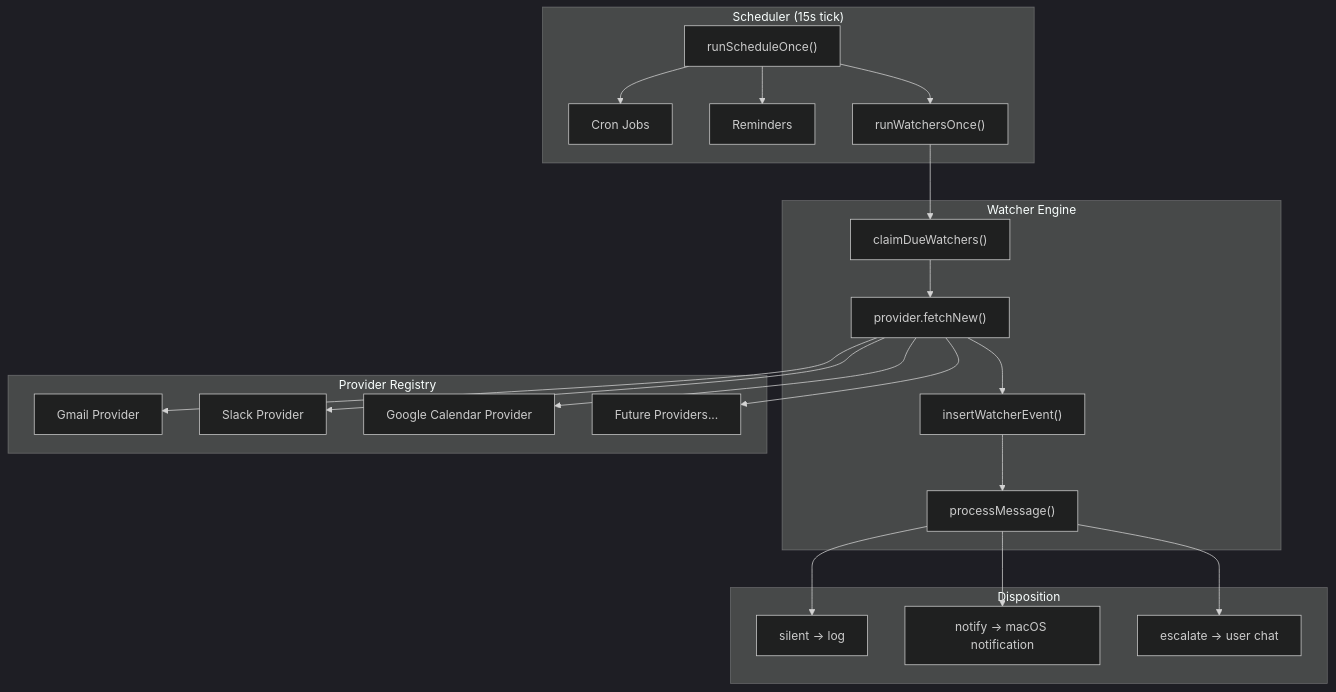
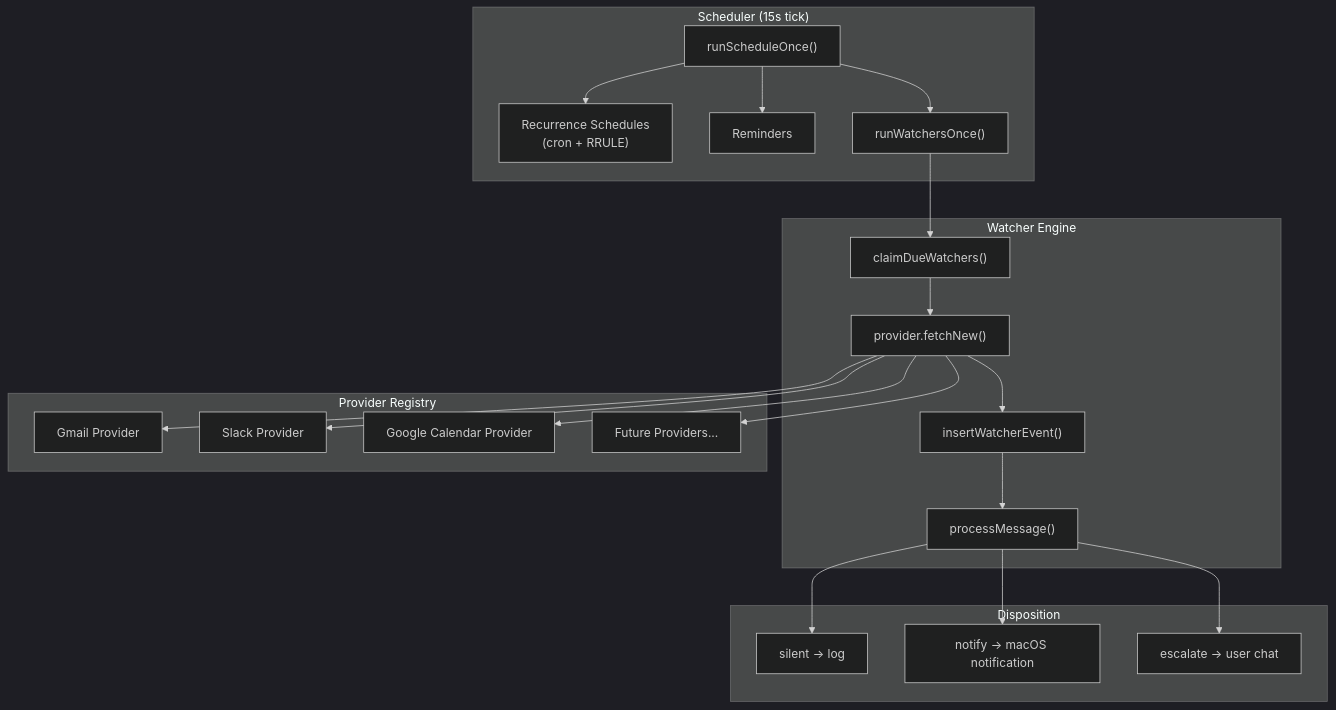
Diagram 43 of 45 in ARCHITECTURE.md (vellum-ai/vellum-assistant), drawn with Mermaid (dark theme) before and after one commit. The commit also changed other lines of this file and 2 other files, not shown here.

Commit message:
docs: update architecture and README for RRULE recurrence support

````diff
--- a/ARCHITECTURE.md
+++ b/ARCHITECTURE.md
@@ -2927,44 +2958,44 @@
 ```mermaid
 graph TD
     subgraph "Scheduler (15s tick)"
         TICK["runScheduleOnce()"]
-        CRON["Cron Jobs"]
+        CRON["Recurrence Schedules<br/>(cron + RRULE)"]
         REMIND["Reminders"]
         WATCH["runWatchersOnce()"]
     end
 
     subgraph "Watcher Engine"
         CLAIM["claimDueWatchers()"]
         POLL["provider.fetchNew()"]
         DEDUP["insertWatcherEvent()"]
         PROCESS["processMessage()"]
     end
 
     subgraph "Provider Registry"
         GMAIL["Gmail Provider"]
         SLACK_W["Slack Provider"]
         GCAL["Google Calendar Provider"]
         FUTURE["Future Providers..."]
     end
 
     subgraph "Disposition"
         SILENT["silent → log"]
         NOTIFY["notify → macOS notification"]
         ESCALATE["escalate → user chat"]
     end
 
     TICK --> CRON
     TICK --> REMIND
     TICK --> WATCH
     WATCH --> CLAIM
     CLAIM --> POLL
     POLL --> GMAIL
     POLL --> SLACK_W
     POLL --> GCAL
     POLL --> FUTURE
     POLL --> DEDUP
     DEDUP --> PROCESS
     PROCESS --> SILENT
     PROCESS --> NOTIFY
     PROCESS --> ESCALATE
 ```
````
